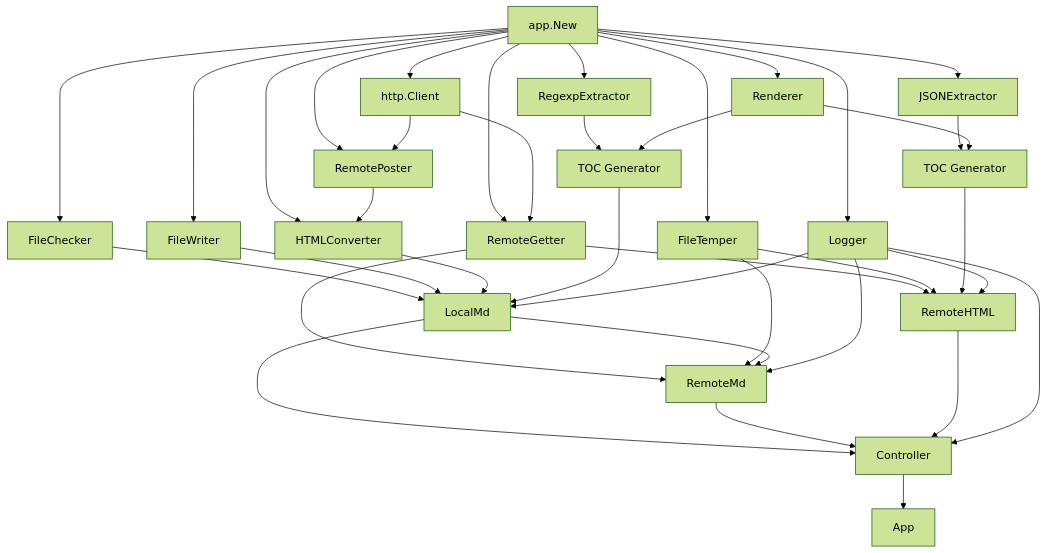
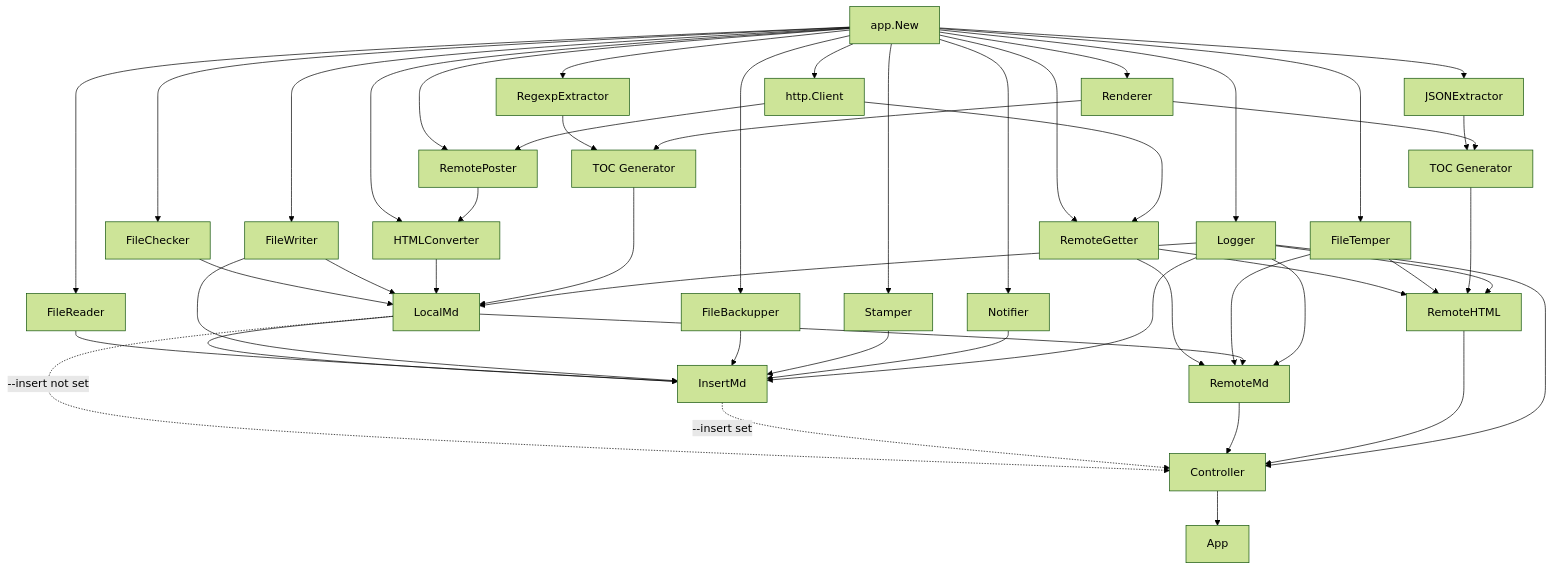
One commit to ekalinin/github-markdown-toc.go changed the second of 2 diagrams in ARCHITECTURE.md. Above: the diagram before and after it, drawn with Mermaid (forest theme). The commit also changed other lines of this file and 14 other files, not shown here.

````diff
--- a/ARCHITECTURE.md
+++ b/ARCHITECTURE.md
@@ -93,45 +95,58 @@
 ```mermaid
 flowchart TD
     AppNew[app.New] --> Logger
+    AppNew --> Notifier
     AppNew --> HTTPClient[http.Client]
     AppNew --> FileChecker
     AppNew --> FileWriter
+    AppNew --> FileReader
+    AppNew --> FileBackupper
+    AppNew --> Stamper
     AppNew --> FileTemper
     AppNew --> RemotePoster
     AppNew --> RemoteGetter
     AppNew --> HTMLConverter
     AppNew --> RegexpExtractor
     AppNew --> JSONExtractor
     AppNew --> Renderer
 
     HTTPClient --> RemotePoster
     HTTPClient --> RemoteGetter
     RemotePoster --> HTMLConverter
 
     RegexpExtractor --> RegexpGenerator[TOC Generator]
     JSONExtractor --> JSONGenerator[TOC Generator]
     Renderer --> RegexpGenerator
     Renderer --> JSONGenerator
 
     FileChecker --> LocalMd
     FileWriter --> LocalMd
     HTMLConverter --> LocalMd
     RegexpGenerator --> LocalMd
     Logger --> LocalMd
 
+    LocalMd --> InsertMd
+    FileReader --> InsertMd
+    FileWriter --> InsertMd
+    FileBackupper --> InsertMd
+    Stamper --> InsertMd
+    Notifier --> InsertMd
+    Logger --> InsertMd
+
     RemoteGetter --> RemoteMd
     FileTemper --> RemoteMd
     LocalMd --> RemoteMd
     Logger --> RemoteMd
 
     RemoteGetter --> RemoteHTML
     FileTemper --> RemoteHTML
     JSONGenerator --> RemoteHTML
     Logger --> RemoteHTML
 
-    LocalMd --> Controller
+    LocalMd -.->|"--insert not set"| Controller
+    InsertMd -.->|"--insert set"| Controller
     RemoteMd --> Controller
     RemoteHTML --> Controller
     Logger --> Controller
     Controller --> App
 ```
````
